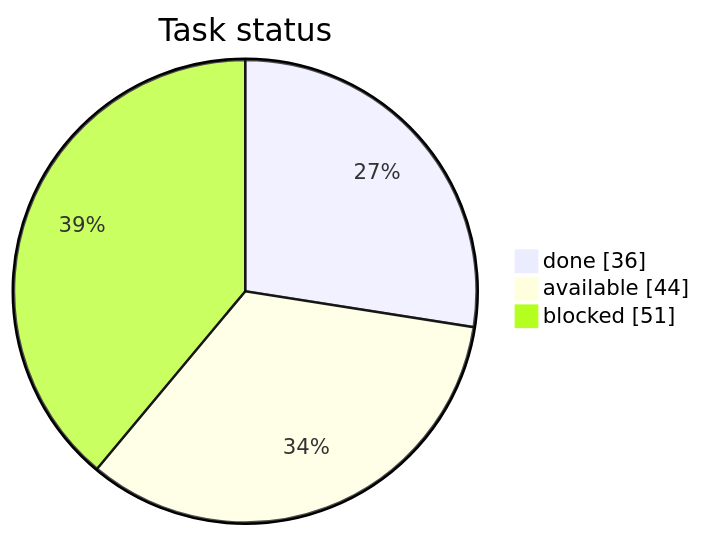
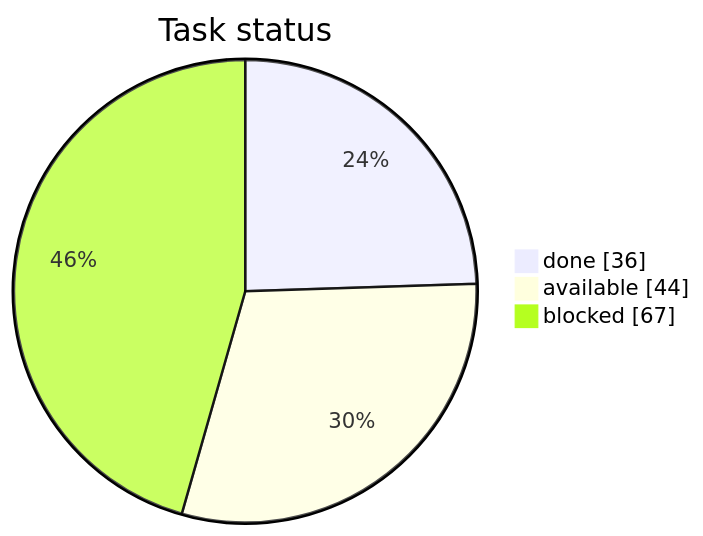
One commit to artemiiShabanov/RallyRivals changed the first of 3 diagrams in STATUS.md. Above: the diagram before and after it, drawn with Mermaid. The commit also changed other lines of this file and 1 other file, not shown here.

````diff
--- a/STATUS.md
+++ b/STATUS.md
@@ -7,7 +7,7 @@
 ```mermaid
 pie showData
     title Task status
     "done" : 36
     "available" : 44
-    "blocked" : 51
+    "blocked" : 67
 ```
````
